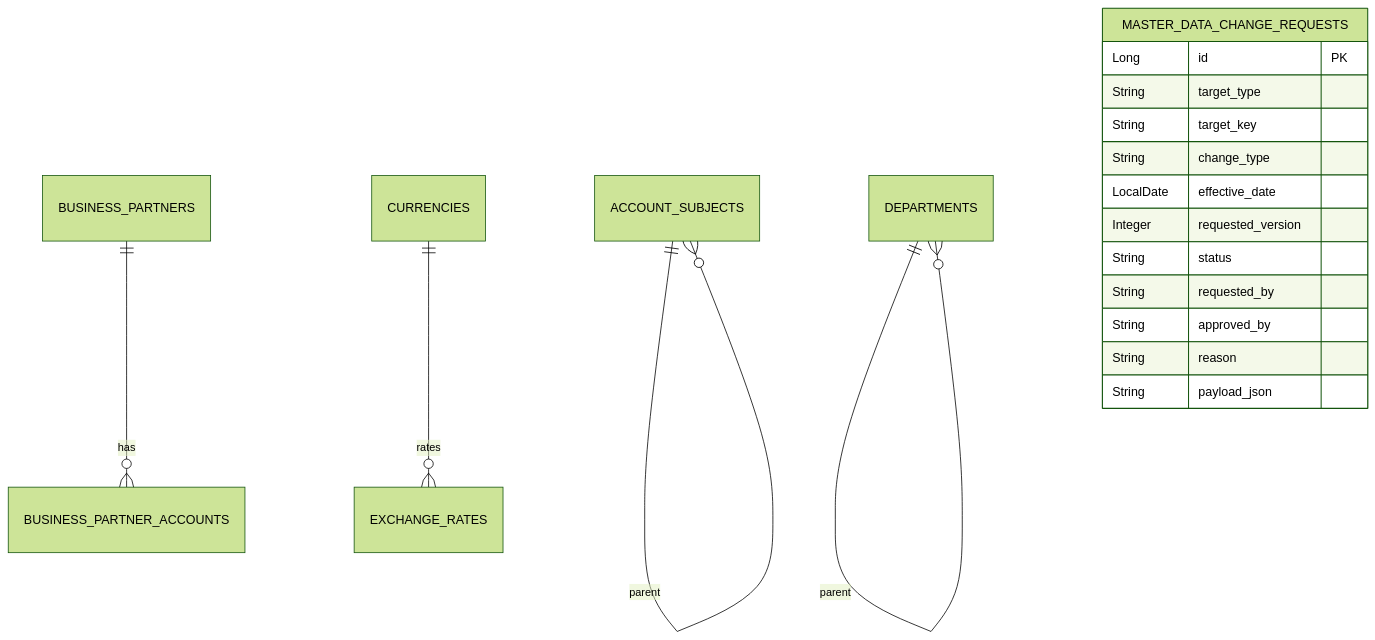
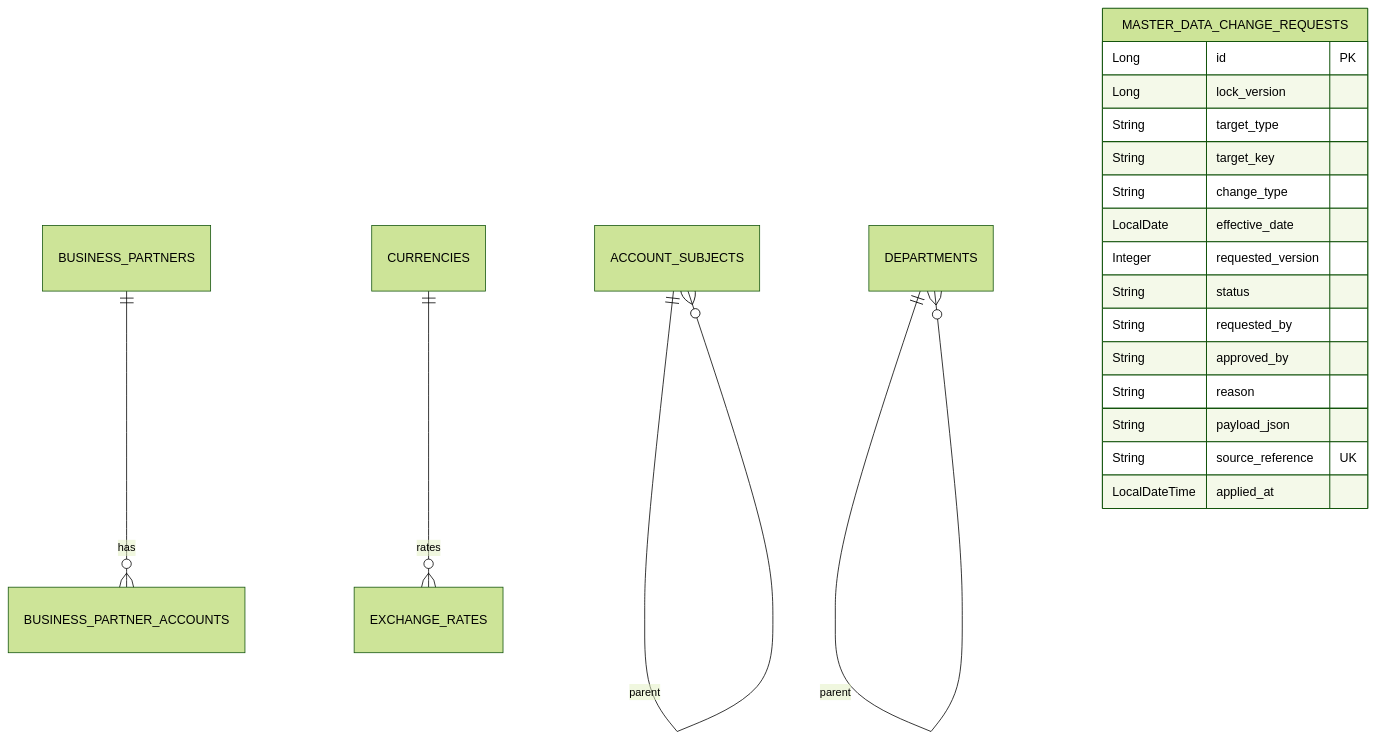
Before and after one commit to skyg547/account: the diagram in master-data/docs/schema.md, drawn with Mermaid (forest theme). The commit also changed other lines of this file and 61 other files, not shown here.

````diff
--- a/master-data/docs/schema.md
+++ b/master-data/docs/schema.md
@@ -5,20 +5,23 @@
 ```mermaid
 erDiagram
     ACCOUNT_SUBJECTS ||--o{ ACCOUNT_SUBJECTS : parent
     DEPARTMENTS ||--o{ DEPARTMENTS : parent
     BUSINESS_PARTNERS ||--o{ BUSINESS_PARTNER_ACCOUNTS : has
     CURRENCIES ||--o{ EXCHANGE_RATES : rates
     MASTER_DATA_CHANGE_REQUESTS {
         Long id PK
+        Long lock_version
         String target_type
         String target_key
         String change_type
         LocalDate effective_date
         Integer requested_version
         String status
         String requested_by
         String approved_by
         String reason
         String payload_json
+        String source_reference UK
+        LocalDateTime applied_at
     }
 ```
````
